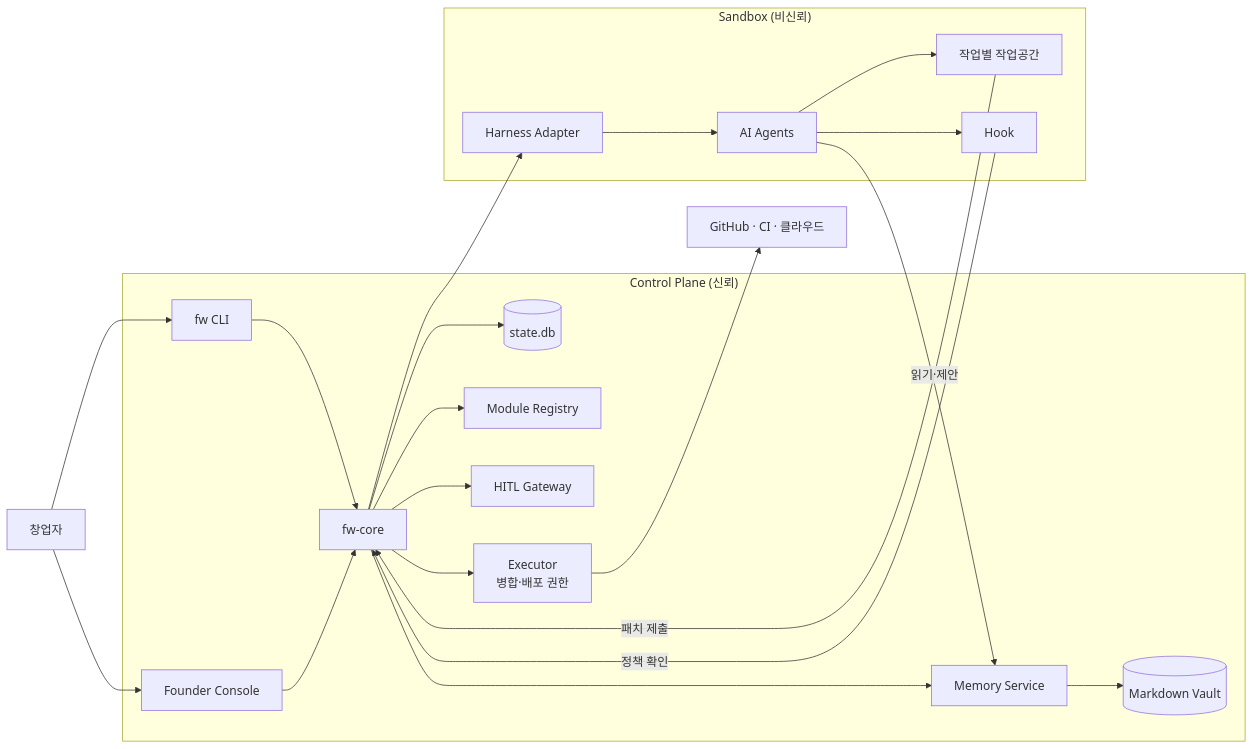
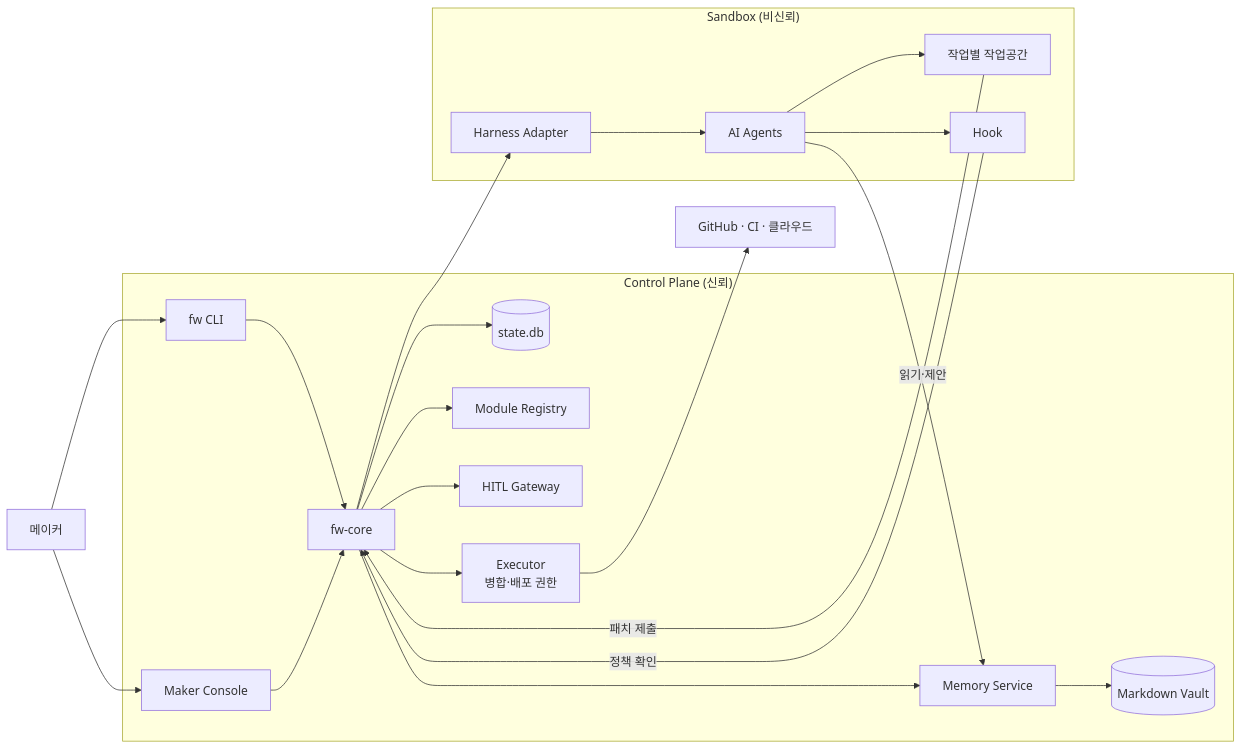
Before and after one commit to ysjee141/flywheel: the fourth of 13 diagrams in plan-draft.md, drawn with Mermaid. The commit also changed other lines of this file and 1 other file, not shown here.

First line of the commit message:
Rename founder role to Maker in plan draft

````diff
--- a/plan-draft.md
+++ b/plan-draft.md
@@ -189,25 +190,25 @@
 ```mermaid
 flowchart LR
-  F[창업자] --> CLI[fw CLI]
-  F --> WEB[Founder Console]
+  F[메이커] --> CLI[fw CLI]
+  F --> WEB[Maker Console]
   subgraph CP["Control Plane (신뢰)"]
     CLI --> CORE[fw-core]
     WEB --> CORE
     CORE --> DB[(state.db)]
     CORE --> REG[Module Registry]
     CORE --> GW[HITL Gateway]
     CORE --> MEM[Memory Service]
     MEM --> VAULT[(Markdown Vault)]
     CORE --> EXE[Executor<br/>병합·배포 권한]
   end
   subgraph SB["Sandbox (비신뢰)"]
     AD[Harness Adapter] --> AG[AI Agents]
     AG --> WT[작업별 작업공간]
     AG --> HK[Hook]
   end
   CORE --> AD
   HK -->|"정책 확인"| CORE
   AG -->|"읽기·제안"| MEM
   WT -->|"패치 제출"| CORE
   EXE --> GH[GitHub · CI · 클라우드]
 ```
````
